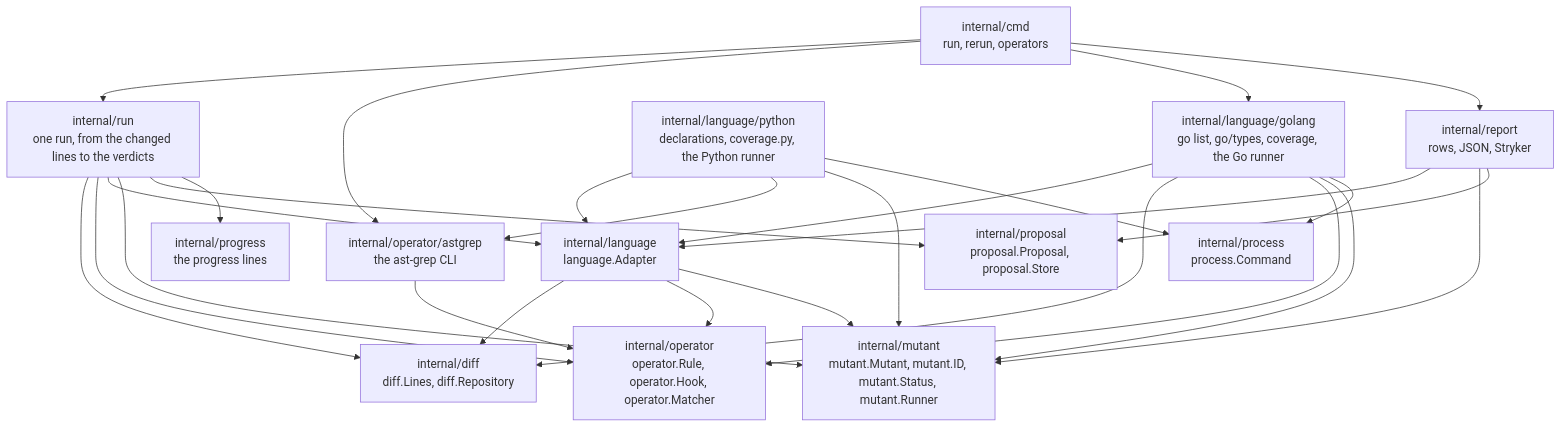
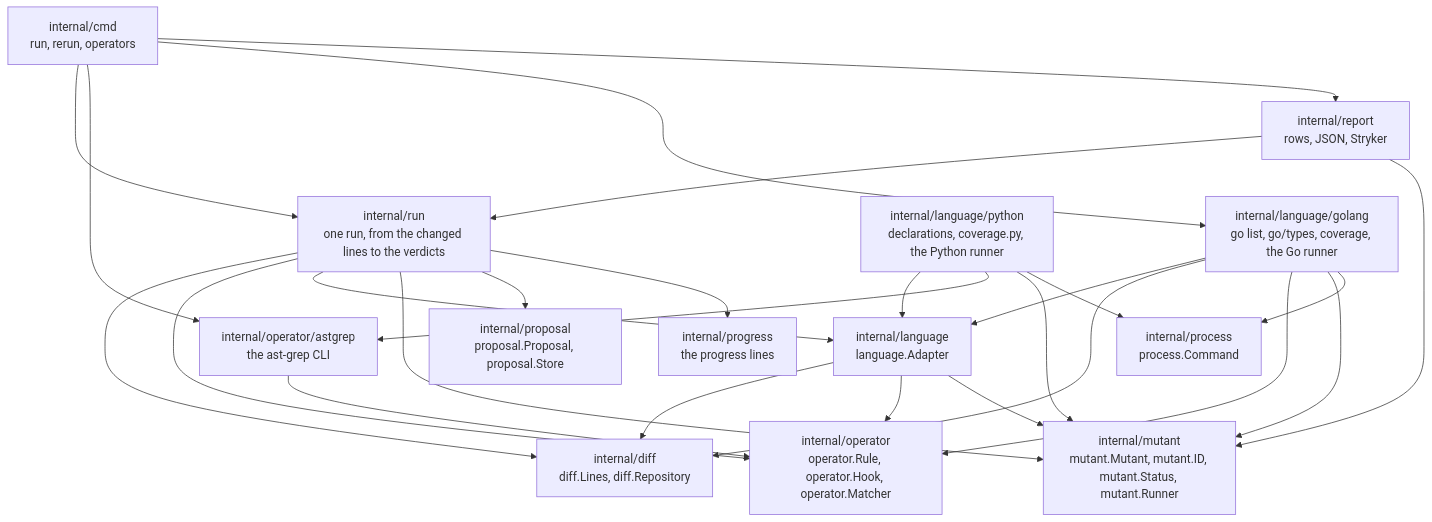
The sixth of 6 diagrams in docs/design.md (hpcsc/mutants), drawn with Mermaid before and after one commit. The commit also changed 5 other files, not shown here.

````diff
--- a/docs/design.md
+++ b/docs/design.md
@@ -749,42 +749,41 @@
 ```mermaid
 flowchart TD
     CMD["internal/cmd<br/>run, rerun, operators"]
     RUN["internal/run<br/>one run, from the changed lines to the verdicts"]
     DIFF["internal/diff<br/>diff.Lines, diff.Repository"]
     OP["internal/operator<br/>operator.Rule, operator.Hook, operator.Matcher"]
     AG["internal/operator/astgrep<br/>the ast-grep CLI"]
     MUT["internal/mutant<br/>mutant.Mutant, mutant.ID, mutant.Status, mutant.Runner"]
     LANG["internal/language<br/>language.Adapter"]
     GO["internal/language/golang<br/>go list, go/types, coverage, the Go runner"]
     PY["internal/language/python<br/>declarations, coverage.py, the Python runner"]
     REP["internal/report<br/>rows, JSON, Stryker"]
     PROP["internal/proposal<br/>proposal.Proposal, proposal.Store"]
     PROG["internal/progress<br/>the progress lines"]
     PROC["internal/process<br/>process.Command"]
     CMD --> RUN
     CMD --> AG
     CMD --> GO
     CMD --> REP
     RUN --> DIFF
     RUN --> OP
     RUN --> LANG
     RUN --> MUT
     RUN --> PROP
     RUN --> PROG
     AG --> OP
     GO --> LANG
     GO --> DIFF
     GO --> OP
     GO --> MUT
     GO --> PROC
     PY --> LANG
     PY --> AG
     PY --> MUT
     PY --> PROC
     LANG --> DIFF
     LANG --> OP
     LANG --> MUT
-    REP --> LANG
+    REP --> RUN
     REP --> MUT
-    REP --> PROP
 ```
````
